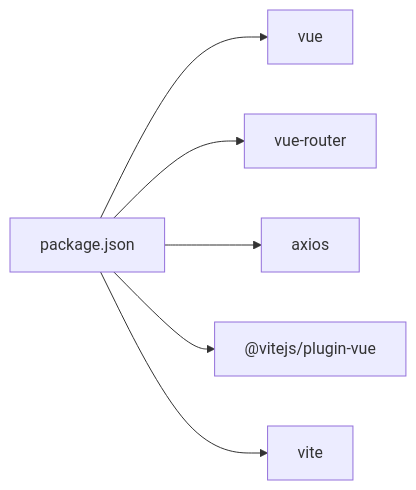
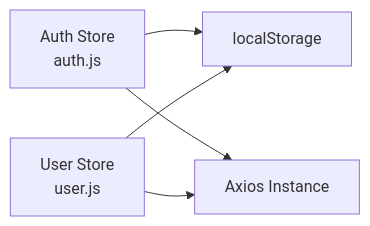
The seventh of 8 diagrams in .qoder/repowiki/en/content/Frontend Application/Build Process and Development Environment.md (hsarjun04-netizen/NUTRICooACH), drawn with Mermaid before and after one commit. The commit also changed other lines of this file and 7 other files, not shown here.

Commit message:
Add Export My Data feature - download all user data as JSON

````diff
--- a/.qoder/repowiki/en/content/Frontend Application/Build Process and Development Environment.md
+++ b/.qoder/repowiki/en/content/Frontend Application/Build Process and Development Environment.md
@@ -245,14 +322,11 @@
 ```mermaid
 graph LR
-Pkg["package.json"]
-Vue["vue"]
-Router["vue-router"]
-Axios["axios"]
-Vite["@vitejs/plugin-vue"]
-ViteTool["vite"]
-Pkg --> Vue
-Pkg --> Router
-Pkg --> Axios
-Pkg --> Vite
-Pkg --> ViteTool
+AuthStore["Auth Store<br/>auth.js"]
+UserStore["User Store<br/>user.js"]
+LocalStorage["localStorage"]
+API["Axios Instance"]
+AuthStore --> LocalStorage
+UserStore --> LocalStorage
+AuthStore --> API
+UserStore --> API
 ```
````
